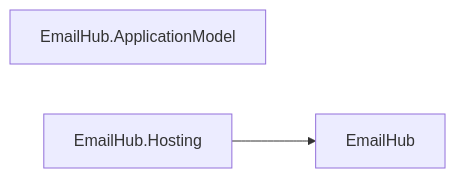
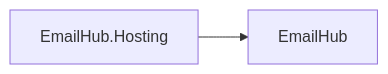
One commit to assimalign/cohesion changed diagram 14 of 27 in docs/DEPENDENCIES.md. Above: the diagram before and after it, drawn with Mermaid. The commit also changed other lines of this file and 441 other files, not shown here.

````diff
--- a/docs/DEPENDENCIES.md
+++ b/docs/DEPENDENCIES.md
@@ -683,7 +675,6 @@
 ```mermaid
 flowchart LR
     N0["EmailHub"]
-    N1["EmailHub.ApplicationModel"]
-    N2["EmailHub.Hosting"]
-    N2 --> N0
+    N1["EmailHub.Hosting"]
+    N1 --> N0
 ```
````
